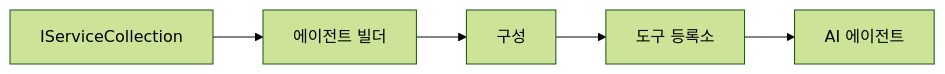
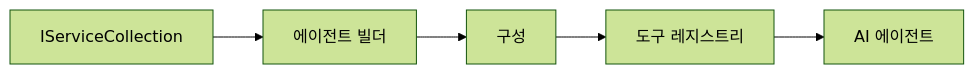
Before and after one commit to venturemavenwill/azureaifundamentals: the diagram in translations/ko/03-agentic-design-patterns/code_samples/03-dotnet-agent-framework.md, drawn with Mermaid (forest theme). The commit also changed other lines of this file and 2002 other files, not shown here.

````diff
--- a/translations/ko/03-agentic-design-patterns/code_samples/03-dotnet-agent-framework.md
+++ b/translations/ko/03-agentic-design-patterns/code_samples/03-dotnet-agent-framework.md
@@ -41,7 +41,7 @@
 ```mermaid
 graph LR
     A[IServiceCollection] --> B[에이전트 빌더]
     B --> C[구성]
-    C --> D[도구 등록소]
+    C --> D[도구 레지스트리]
     D --> E[AI 에이전트]
 ```
````
